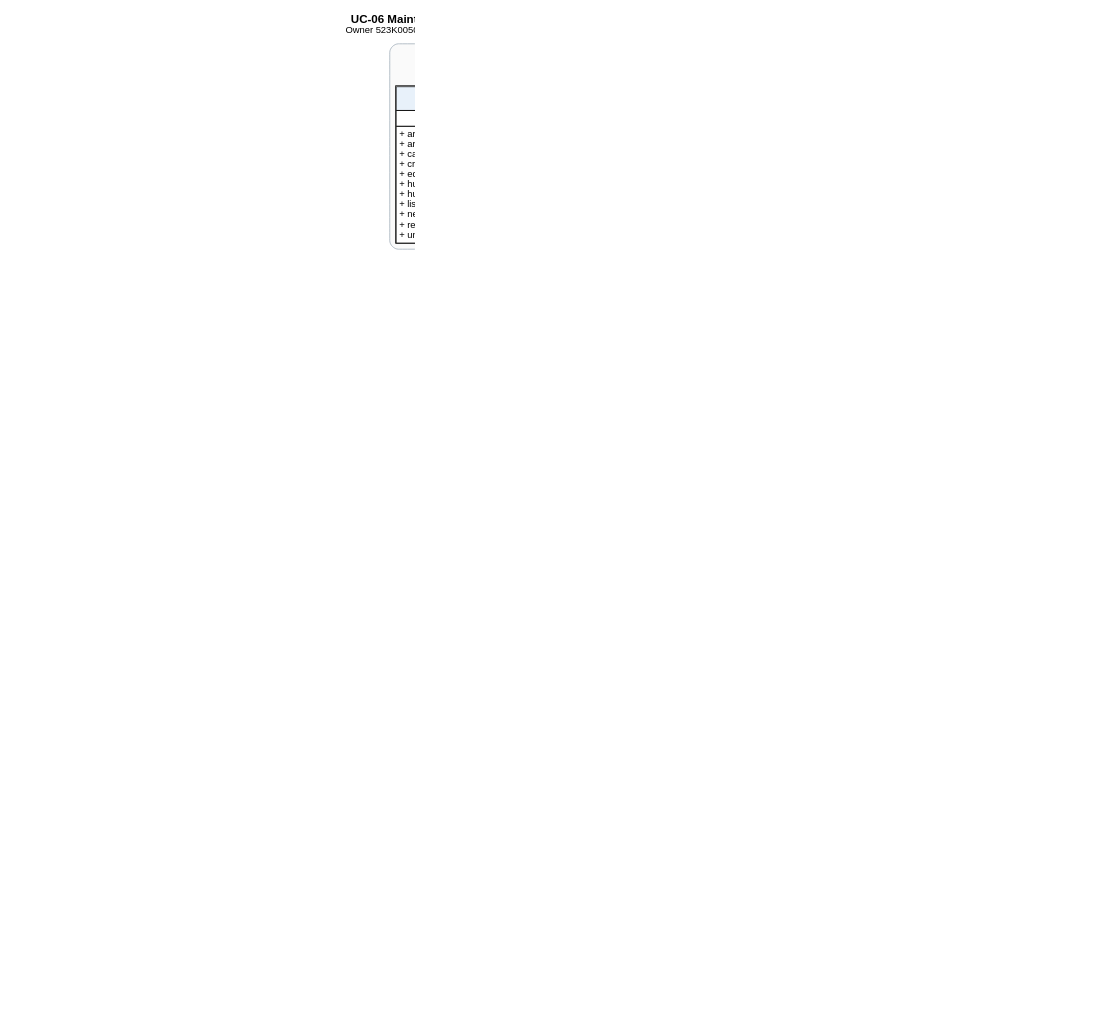
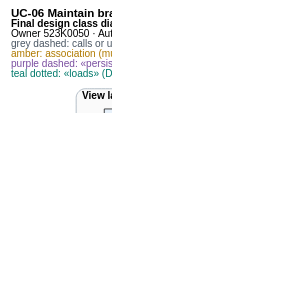
One commit to Dat071104/SaigonBite changed the diagram in models/UC-06/dcd_uc06_final_overview.dot. Above: the diagram before and after it, drawn with Graphviz. The commit also changed 329 other files, not shown here.

```diff
--- a/models/UC-06/dcd_uc06_final_overview.dot
+++ b/models/UC-06/dcd_uc06_final_overview.dot
@@ -1,44 +1,46 @@
 digraph G {
-graph [rankdir=TB, nodesep=0.15, ranksep=0.5, fontname="Arial", fontsize=16, pad=0.2, dpi=200];
-node [shape=plain, fontname="Arial", fontsize=13];
-edge [fontname="Arial", fontsize=12];
-labelloc="t"; label=<<B>UC-06 Maintain brands, menu items and hub listings — final design class diagram</B><BR/><FONT POINT-SIZE="13">Owner 523K0050 · Author 722I0004 · AI-assisted (Claude) · signatures from the code at the release commit</FONT>>;
-subgraph cluster_view { label=<<B>View layer (Flask blueprints, templates)</B>>; style="rounded,filled"; fillcolor="#FAFAFA"; color="#9AA7B4"; fontsize=15;
+graph [rankdir=TB, nodesep=0.2, ranksep=0.34, fontname="Arial", fontsize=14, pad=0.08, dpi=200, newrank=true];
+node [shape=plain, fontname="Arial", fontsize=14];
+edge [fontname="Arial", fontsize=14, arrowsize=0.9, penwidth=1.1];
+labelloc="t"; labeljust="l"; label=<<B><FONT POINT-SIZE="16">UC-06 Maintain brands, menu items and hub listings</FONT></B><BR ALIGN="LEFT"/><B><FONT POINT-SIZE="14">Final design class diagram, overview (class names only)</FONT></B><BR ALIGN="LEFT"/><FONT POINT-SIZE="14">Owner 523K0050 · Author 722I0004 · AI-assisted (Claude)</FONT><BR ALIGN="LEFT"/><FONT POINT-SIZE="14" COLOR="#4A5663">grey dashed: calls or uses</FONT>    <BR ALIGN="LEFT"/><FONT POINT-SIZE="14" COLOR="#B07A00">amber: association (multiplicities in the domain model, 2.1.7)</FONT>    <BR ALIGN="LEFT"/><FONT POINT-SIZE="14" COLOR="#7A4FA0">purple dashed: «persists» (DAO writes the entity)</FONT>    <BR ALIGN="LEFT"/><FONT POINT-SIZE="14" COLOR="#00796B">teal dotted: «loads» (DAO only reads it)</FONT>    <BR ALIGN="LEFT"/>>;
+subgraph cluster_view { label=<<B>View layer («boundary»)</B>>; labeljust="l"; style="rounded,filled"; fillcolor="#FAFAFA"; color="#9AA7B4"; fontsize=14; margin=5;
   { rank=same; "bp_admin"; }
-  "bp_admin" [label=<<TABLE BORDER="1" CELLBORDER="1" CELLSPACING="0" CELLPADDING="3" BGCOLOR="white"><TR><TD BGCOLOR="#E8F1FA" BALIGN="CENTER"><FONT POINT-SIZE="12">«boundary»</FONT><BR/><B>admin views</B></TD></TR><TR><TD ALIGN="LEFT" BALIGN="LEFT"> </TD></TR><TR><TD ALIGN="LEFT" BALIGN="LEFT">+ archive_brand() POST /admin/brands/&lt;int:brand_id&gt;/archive<BR ALIGN="LEFT"/>+ archive_item() POST /admin/items/&lt;int:item_id&gt;/archive<BR ALIGN="LEFT"/>+ catalogue() GET /admin/menu<BR ALIGN="LEFT"/>+ create_brand() POST /admin/brands<BR ALIGN="LEFT"/>+ edit_item() GET/POST /admin/items/&lt;int:item_id&gt;<BR ALIGN="LEFT"/>+ hub_item_availability() POST /admin/hubs/&lt;int:hub_id&gt;/menu/&lt;int:item_id&gt;/availability<BR ALIGN="LEFT"/>+ hub_menu() GET /admin/hubs/&lt;int:hub_id&gt;/menu<BR ALIGN="LEFT"/>+ list_item() POST /admin/hubs/&lt;int:hub_id&gt;/menu<BR ALIGN="LEFT"/>+ new_item() GET/POST /admin/items/new<BR ALIGN="LEFT"/>+ rename_brand() POST /admin/brands/&lt;int:brand_id&gt;<BR ALIGN="LEFT"/>+ unlist_item() POST /admin/hubs/&lt;int:hub_id&gt;/menu/&lt;int:item_id&gt;/remove<BR ALIGN="LEFT"/></TD></TR></TABLE>>];
+  "bp_admin" [label=<<TABLE BORDER="1" CELLBORDER="0" CELLSPACING="0" CELLPADDING="3" BGCOLOR="#E8F1FA"><TR><TD><FONT POINT-SIZE="14"><B>admin views</B></FONT></TD></TR></TABLE>>];
 }
-subgraph cluster_controller { label=<<B>Controller layer (one use-case controller)</B>>; style="rounded,filled"; fillcolor="#FAFAFA"; color="#9AA7B4"; fontsize=15;
+subgraph cluster_controller { label=<<B>Controller layer («control»)</B>>; labeljust="l"; style="rounded,filled"; fillcolor="#FAFAFA"; color="#9AA7B4"; fontsize=14; margin=5;
   { rank=same; "MenuController"; }
-  "MenuController" [label=<<TABLE BORDER="1" CELLBORDER="1" CELLSPACING="0" CELLPADDING="3" BGCOLOR="white"><TR><TD BGCOLOR="#EAF5EA" BALIGN="CENTER"><FONT POINT-SIZE="12">«control»</FONT><BR/><B>MenuController</B></TD></TR><TR><TD ALIGN="LEFT" BALIGN="LEFT"> </TD></TR><TR><TD ALIGN="LEFT" BALIGN="LEFT">+ archive_brand(user_id: int, brand_id: int): Brand<BR ALIGN="LEFT"/>+ archive_item(user_id: int, item_id: int): MenuItem<BR ALIGN="LEFT"/>+ create_brand(user_id: int, name: str): Brand<BR ALIGN="LEFT"/>+ create_item(user_id: int,<BR ALIGN="LEFT"/>        form: Mapping[str, str]): MenuItem<BR ALIGN="LEFT"/>+ list_catalogue(user_id: int,<BR ALIGN="LEFT"/>        hub_id: int | None): dict[str, object]<BR ALIGN="LEFT"/>+ list_item_at_hub(user_id: int, hub_id: int,<BR ALIGN="LEFT"/>        item_id: int, available: bool): None<BR ALIGN="LEFT"/>+ rename_brand(user_id: int, brand_id: int,<BR ALIGN="LEFT"/>        name: str): Brand<BR ALIGN="LEFT"/>+ set_availability(user_id: int, hub_id: int,<BR ALIGN="LEFT"/>        item_id: int, available: bool): None<BR ALIGN="LEFT"/>+ unlist_item_at_hub(user_id: int,<BR ALIGN="LEFT"/>        hub_id: int, item_id: int): None<BR ALIGN="LEFT"/>+ update_item(user_id: int, item_id: int,<BR ALIGN="LEFT"/>        form: Mapping[str, str]): MenuItem<BR ALIGN="LEFT"/></TD></TR></TABLE>>];
+  "MenuController" [label=<<TABLE BORDER="1" CELLBORDER="0" CELLSPACING="0" CELLPADDING="3" BGCOLOR="#EAF5EA"><TR><TD><FONT POINT-SIZE="14"><B>MenuController</B></FONT></TD></TR></TABLE>>];
 }
-subgraph cluster_domain { label=<<B>Domain layer (entities and value objects)</B>>; style="rounded,filled"; fillcolor="#FAFAFA"; color="#9AA7B4"; fontsize=15;
-  { rank=same; "Brand"; "Hub"; "HubMenuItem"; "MenuItem"; "UserAccount"; }
-  "Brand" [label=<<TABLE BORDER="1" CELLBORDER="1" CELLSPACING="0" CELLPADDING="3" BGCOLOR="white"><TR><TD BGCOLOR="#FFF6E0" BALIGN="CENTER"><FONT POINT-SIZE="12">«entity»</FONT><BR/><B>Brand</B></TD></TR><TR><TD ALIGN="LEFT" BALIGN="LEFT">id: int<BR ALIGN="LEFT"/>name: str<BR ALIGN="LEFT"/>archived_at: str | None<BR ALIGN="LEFT"/></TD></TR><TR><TD ALIGN="LEFT" BALIGN="LEFT"> </TD></TR></TABLE>>];
-  "Hub" [label=<<TABLE BORDER="1" CELLBORDER="1" CELLSPACING="0" CELLPADDING="3" BGCOLOR="white"><TR><TD BGCOLOR="#FFF6E0" BALIGN="CENTER"><FONT POINT-SIZE="12">«entity»</FONT><BR/><B>Hub</B></TD></TR><TR><TD ALIGN="LEFT" BALIGN="LEFT">id: int<BR ALIGN="LEFT"/>code: str<BR ALIGN="LEFT"/>name: str<BR ALIGN="LEFT"/>(read only in this use case)<BR ALIGN="LEFT"/></TD></TR><TR><TD ALIGN="LEFT" BALIGN="LEFT"> </TD></TR></TABLE>>];
-  "HubMenuItem" [label=<<TABLE BORDER="1" CELLBORDER="1" CELLSPACING="0" CELLPADDING="3" BGCOLOR="white"><TR><TD BGCOLOR="#FFF6E0" BALIGN="CENTER"><FONT POINT-SIZE="12">«entity»</FONT><BR/><B>HubMenuItem</B></TD></TR><TR><TD ALIGN="LEFT" BALIGN="LEFT">item: MenuItem<BR ALIGN="LEFT"/>is_available: bool<BR ALIGN="LEFT"/></TD></TR><TR><TD ALIGN="LEFT" BALIGN="LEFT"> </TD></TR></TABLE>>];
-  "MenuItem" [label=<<TABLE BORDER="1" CELLBORDER="1" CELLSPACING="0" CELLPADDING="3" BGCOLOR="white"><TR><TD BGCOLOR="#FFF6E0" BALIGN="CENTER"><FONT POINT-SIZE="12">«entity»</FONT><BR/><B>MenuItem</B></TD></TR><TR><TD ALIGN="LEFT" BALIGN="LEFT">id: int<BR ALIGN="LEFT"/>brand_name: str<BR ALIGN="LEFT"/>name: str<BR ALIGN="LEFT"/>description: str<BR ALIGN="LEFT"/>price: int<BR ALIGN="LEFT"/>archived_at: str | None<BR ALIGN="LEFT"/></TD></TR><TR><TD ALIGN="LEFT" BALIGN="LEFT"> </TD></TR></TABLE>>];
-  "UserAccount" [label=<<TABLE BORDER="1" CELLBORDER="1" CELLSPACING="0" CELLPADDING="3" BGCOLOR="white"><TR><TD BGCOLOR="#FFF6E0" BALIGN="CENTER"><FONT POINT-SIZE="12">«entity»</FONT><BR/><B>UserAccount</B></TD></TR><TR><TD ALIGN="LEFT" BALIGN="LEFT">id: int<BR ALIGN="LEFT"/>(read only in this use case)<BR ALIGN="LEFT"/></TD></TR><TR><TD ALIGN="LEFT" BALIGN="LEFT"> </TD></TR></TABLE>>];
+"bp_admin" -> "MenuController" [style=invis];
+subgraph cluster_dao { label=<<B>Data access layer («DAO»)</B>>; labeljust="l"; style="rounded,filled"; fillcolor="#FAFAFA"; color="#9AA7B4"; fontsize=14; margin=5;
+  { rank=same; "HubDAO"; "MenuDAO"; "UserDAO"; }
+  "HubDAO" [label=<<TABLE BORDER="1" CELLBORDER="0" CELLSPACING="0" CELLPADDING="3" BGCOLOR="#F2ECF8"><TR><TD><FONT POINT-SIZE="14"><B>HubDAO</B></FONT></TD></TR></TABLE>>];
+  "MenuDAO" [label=<<TABLE BORDER="1" CELLBORDER="0" CELLSPACING="0" CELLPADDING="3" BGCOLOR="#F2ECF8"><TR><TD><FONT POINT-SIZE="14"><B>MenuDAO</B></FONT></TD></TR></TABLE>>];
+  "UserDAO" [label=<<TABLE BORDER="1" CELLBORDER="0" CELLSPACING="0" CELLPADDING="3" BGCOLOR="#F2ECF8"><TR><TD><FONT POINT-SIZE="14"><B>UserDAO</B></FONT></TD></TR></TABLE>>];
 }
-subgraph cluster_dao { label=<<B>Data access layer (DAO per table)</B>>; style="rounded,filled"; fillcolor="#FAFAFA"; color="#9AA7B4"; fontsize=15;
-  { rank=same; "HubDAO"; "MenuDAO"; "UserDAO"; }
-  "HubDAO" [label=<<TABLE BORDER="1" CELLBORDER="1" CELLSPACING="0" CELLPADDING="3" BGCOLOR="white"><TR><TD BGCOLOR="#F2ECF8" BALIGN="CENTER"><FONT POINT-SIZE="12">«DAO»</FONT><BR/><B>HubDAO</B></TD></TR><TR><TD ALIGN="LEFT" BALIGN="LEFT"> </TD></TR><TR><TD ALIGN="LEFT" BALIGN="LEFT">+ get_including_archived(hub_id: int): Hub | None<BR ALIGN="LEFT"/>+ list_all(): list[Hub]<BR ALIGN="LEFT"/></TD></TR></TABLE>>];
-  "MenuDAO" [label=<<TABLE BORDER="1" CELLBORDER="1" CELLSPACING="0" CELLPADDING="3" BGCOLOR="white"><TR><TD BGCOLOR="#F2ECF8" BALIGN="CENTER"><FONT POINT-SIZE="12">«DAO»</FONT><BR/><B>MenuDAO</B></TD></TR><TR><TD ALIGN="LEFT" BALIGN="LEFT"> </TD></TR><TR><TD ALIGN="LEFT" BALIGN="LEFT">+ add_listing(hub_id: int, item_id: int,<BR ALIGN="LEFT"/>        available: bool): None<BR ALIGN="LEFT"/>+ archive_brand(brand_id: int, now: str): bool<BR ALIGN="LEFT"/>+ archive_item(item_id: int, now: str): bool<BR ALIGN="LEFT"/>+ brand_name_exists(name: str,<BR ALIGN="LEFT"/>        except_id: int | None): bool<BR ALIGN="LEFT"/>+ get_brand(brand_id: int): Brand | None<BR ALIGN="LEFT"/>+ get_item(item_id: int): MenuItem | None<BR ALIGN="LEFT"/>+ insert_brand(name: str): int<BR ALIGN="LEFT"/>+ insert_item(item: MenuItem): int<BR ALIGN="LEFT"/>+ is_listed(hub_id: int, item_id: int): bool<BR ALIGN="LEFT"/>+ item_name_exists(brand_id: int, name: str,<BR ALIGN="LEFT"/>        except_id: int | None): bool<BR ALIGN="LEFT"/>+ list_brands(): list[Brand]<BR ALIGN="LEFT"/>+ list_hub_items(hub_id: int): list[HubMenuItem]<BR ALIGN="LEFT"/>+ list_items(): list[MenuItem]<BR ALIGN="LEFT"/>+ remove_listing(hub_id: int, item_id: int): bool<BR ALIGN="LEFT"/>+ rename_brand(brand_id: int, name: str): bool<BR ALIGN="LEFT"/>+ set_available(hub_id: int, item_id: int,<BR ALIGN="LEFT"/>        available: bool): bool<BR ALIGN="LEFT"/>+ update_item(item: MenuItem): bool<BR ALIGN="LEFT"/></TD></TR></TABLE>>];
-  "UserDAO" [label=<<TABLE BORDER="1" CELLBORDER="1" CELLSPACING="0" CELLPADDING="3" BGCOLOR="white"><TR><TD BGCOLOR="#F2ECF8" BALIGN="CENTER"><FONT POINT-SIZE="12">«DAO»</FONT><BR/><B>UserDAO</B></TD></TR><TR><TD ALIGN="LEFT" BALIGN="LEFT"> </TD></TR><TR><TD ALIGN="LEFT" BALIGN="LEFT">+ get_by_id(user_id: int): UserAccount | None<BR ALIGN="LEFT"/></TD></TR></TABLE>>];
+"MenuController" -> "HubDAO" [style=invis];
+subgraph cluster_domain { label=<<B>Domain layer («entity»)</B>>; labeljust="l"; style="rounded,filled"; fillcolor="#FAFAFA"; color="#9AA7B4"; fontsize=14; margin=5;
+  { rank=same; "Brand"; "Hub"; "HubMenuItem"; }
+  { rank=same; "MenuItem"; "UserAccount"; }
+  "Brand" [label=<<TABLE BORDER="1" CELLBORDER="0" CELLSPACING="0" CELLPADDING="3" BGCOLOR="#FFF6E0"><TR><TD><FONT POINT-SIZE="14"><B>Brand</B></FONT></TD></TR></TABLE>>];
+  "Hub" [label=<<TABLE BORDER="1" CELLBORDER="0" CELLSPACING="0" CELLPADDING="3" BGCOLOR="#FFF6E0"><TR><TD><FONT POINT-SIZE="14"><B>Hub</B></FONT></TD></TR></TABLE>>];
+  "HubMenuItem" [label=<<TABLE BORDER="1" CELLBORDER="0" CELLSPACING="0" CELLPADDING="3" BGCOLOR="#FFF6E0"><TR><TD><FONT POINT-SIZE="14"><B>HubMenuItem</B></FONT></TD></TR></TABLE>>];
+  "MenuItem" [label=<<TABLE BORDER="1" CELLBORDER="0" CELLSPACING="0" CELLPADDING="3" BGCOLOR="#FFF6E0"><TR><TD><FONT POINT-SIZE="14"><B>MenuItem</B></FONT></TD></TR></TABLE>>];
+  "UserAccount" [label=<<TABLE BORDER="1" CELLBORDER="0" CELLSPACING="0" CELLPADDING="3" BGCOLOR="#FFF6E0"><TR><TD><FONT POINT-SIZE="14"><B>UserAccount</B></FONT></TD></TR></TABLE>>];
 }
-"bp_admin" -> "MenuController" [style=invis, weight=5];
-"MenuController" -> "Brand" [style=invis, weight=5];
-"Brand" -> "HubDAO" [style=invis, weight=5];
-"MenuController" -> "HubDAO" [style=dashed, arrowhead=vee, color="#5B6B7A"];
-"MenuController" -> "MenuDAO" [style=dashed, arrowhead=vee, color="#5B6B7A"];
-"MenuController" -> "UserDAO" [style=dashed, arrowhead=vee, color="#5B6B7A"];
-"bp_admin" -> "MenuController" [style=dashed, arrowhead=vee, color="#5B6B7A"];
-"MenuDAO" -> "Brand" [style=dashed, arrowhead=vee, dir=back, color="#7A4FA0", xlabel="«persists»", fontcolor="#7A4FA0", constraint=false];
-"HubDAO" -> "Hub" [style=dashed, arrowhead=vee, dir=back, color="#7A4FA0", xlabel="«persists»", fontcolor="#7A4FA0", constraint=false];
-"MenuDAO" -> "HubMenuItem" [style=dashed, arrowhead=vee, dir=back, color="#7A4FA0", xlabel="«persists»", fontcolor="#7A4FA0", constraint=false];
-"MenuDAO" -> "MenuItem" [style=dashed, arrowhead=vee, dir=back, color="#7A4FA0", xlabel="«persists»", fontcolor="#7A4FA0", constraint=false];
-"UserDAO" -> "UserAccount" [style=dashed, arrowhead=vee, dir=back, color="#7A4FA0", xlabel="«persists»", fontcolor="#7A4FA0", constraint=false];
-"Hub" -> "HubMenuItem" [arrowhead=vee, dir=both, arrowtail=none, taillabel="1", headlabel="0..*", label="listings", color="#B07A00", constraint=false];
-"HubMenuItem" -> "MenuItem" [arrowhead=vee, dir=both, arrowtail=none, taillabel="0..*", headlabel="1", label="item", color="#B07A00", constraint=false];
-"Brand" -> "MenuItem" [arrowhead=vee, dir=both, arrowtail=none, taillabel="1", headlabel="0..*", label="offers", color="#B07A00", constraint=false];
-"UserAccount" -> "Hub" [arrowhead=vee, dir=both, arrowtail=none, taillabel="0..*", headlabel="0..1", label="kitchen hub", color="#B07A00", constraint=false];
+"HubDAO" -> "Brand" [style=invis];
+"Brand" -> "MenuItem" [style=invis];
+"HubDAO" -> "Hub" [style=dotted, arrowhead=vee, color="#00796B", fontcolor="#00796B", xlabel="«loads»"];
+"MenuController" -> "HubDAO" [style=dashed, arrowhead=vee, color="#4A5663"];
+"MenuController" -> "MenuDAO" [style=dashed, arrowhead=vee, color="#4A5663"];
+"MenuController" -> "UserDAO" [style=dashed, arrowhead=vee, color="#4A5663"];
+"MenuDAO" -> "Brand" [style=dashed, arrowhead=vee, color="#7A4FA0", fontcolor="#7A4FA0", xlabel="«persists»"];
+"MenuDAO" -> "HubMenuItem" [style=dashed, arrowhead=vee, color="#7A4FA0", fontcolor="#7A4FA0", xlabel="«persists»"];
+"MenuDAO" -> "MenuItem" [style=dashed, arrowhead=vee, color="#7A4FA0", fontcolor="#7A4FA0", xlabel="«persists»"];
+"UserDAO" -> "UserAccount" [style=dotted, arrowhead=vee, color="#00796B", fontcolor="#00796B", xlabel="«loads»"];
+"bp_admin" -> "MenuController" [style=dashed, arrowhead=vee, color="#4A5663"];
+"Hub" -> "HubMenuItem" [arrowhead=vee, dir=both, arrowtail=none, color="#B07A00", fontcolor="#B07A00", constraint=false];
+"HubMenuItem" -> "MenuItem" [arrowhead=vee, dir=both, arrowtail=none, color="#B07A00", fontcolor="#B07A00", constraint=false];
+"Brand" -> "MenuItem" [arrowhead=vee, dir=both, arrowtail=none, color="#B07A00", fontcolor="#B07A00", constraint=false];
+"UserAccount" -> "Hub" [arrowhead=vee, dir=both, arrowtail=none, color="#B07A00", fontcolor="#B07A00", constraint=false];
 }
```
